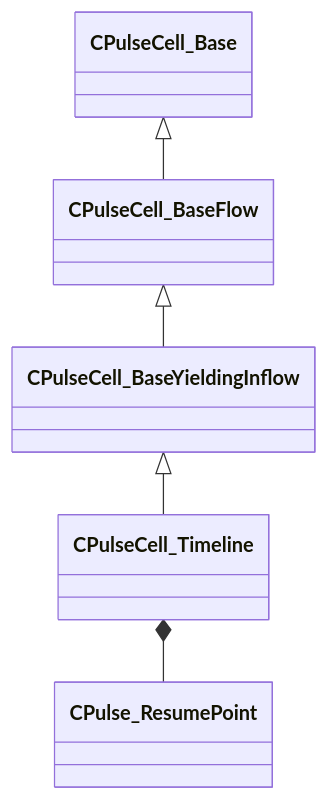
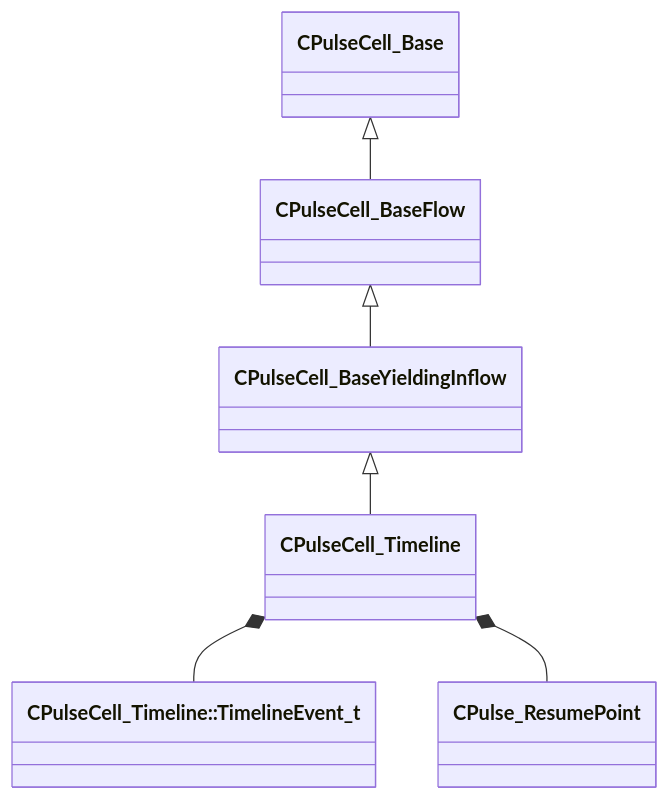
One commit to CS2OpenDev/CS2OpenDev-Docs changed the diagram in docs/generated/schemas/pulse_runtime_lib/CPulseCell_Timeline.md. Above: the diagram before and after it, drawn with Mermaid. The commit also changed other lines of this file and 4525 other files, not shown here.

````diff
--- a/docs/generated/schemas/pulse_runtime_lib/CPulseCell_Timeline.md
+++ b/docs/generated/schemas/pulse_runtime_lib/CPulseCell_Timeline.md
@@ -17,7 +19,8 @@
 ```mermaid
 classDiagram
     CPulseCell_BaseYieldingInflow <|-- CPulseCell_Timeline
     CPulseCell_BaseFlow <|-- CPulseCell_BaseYieldingInflow
     CPulseCell_Base <|-- CPulseCell_BaseFlow
+    CPulseCell_Timeline *-- `CPulseCell_Timeline::TimelineEvent_t`
     CPulseCell_Timeline *-- CPulse_ResumePoint
 ```
````
